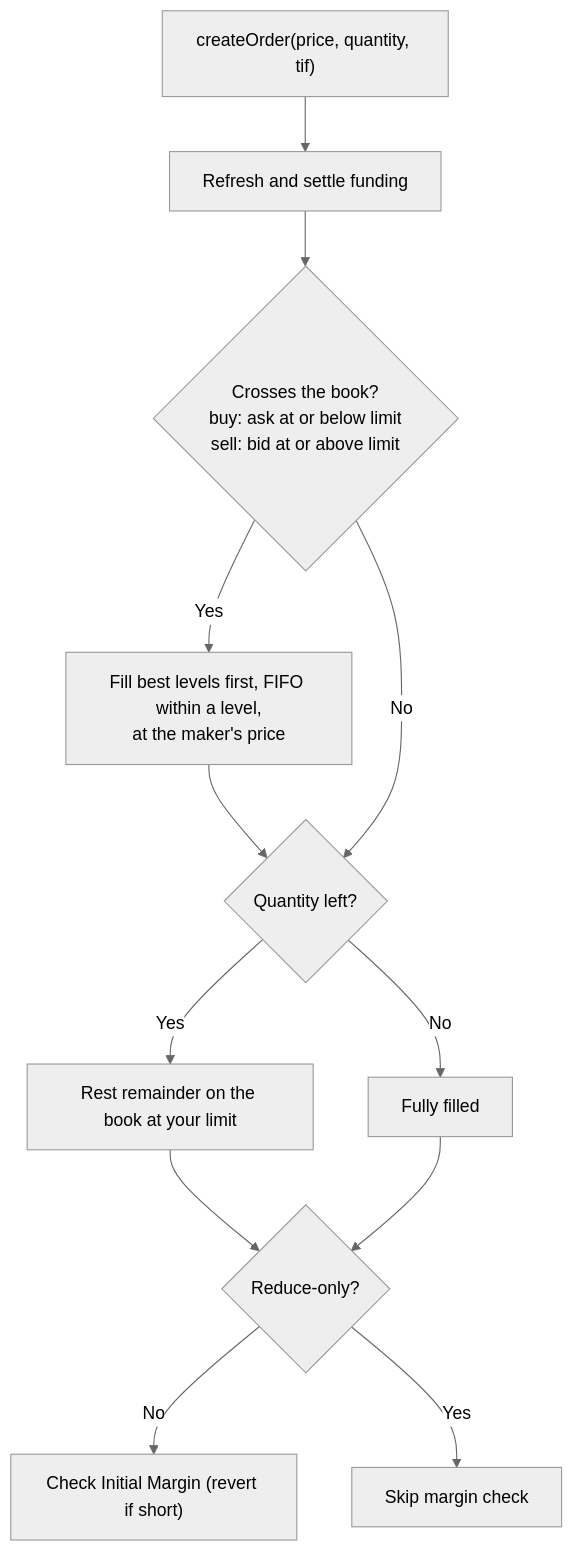
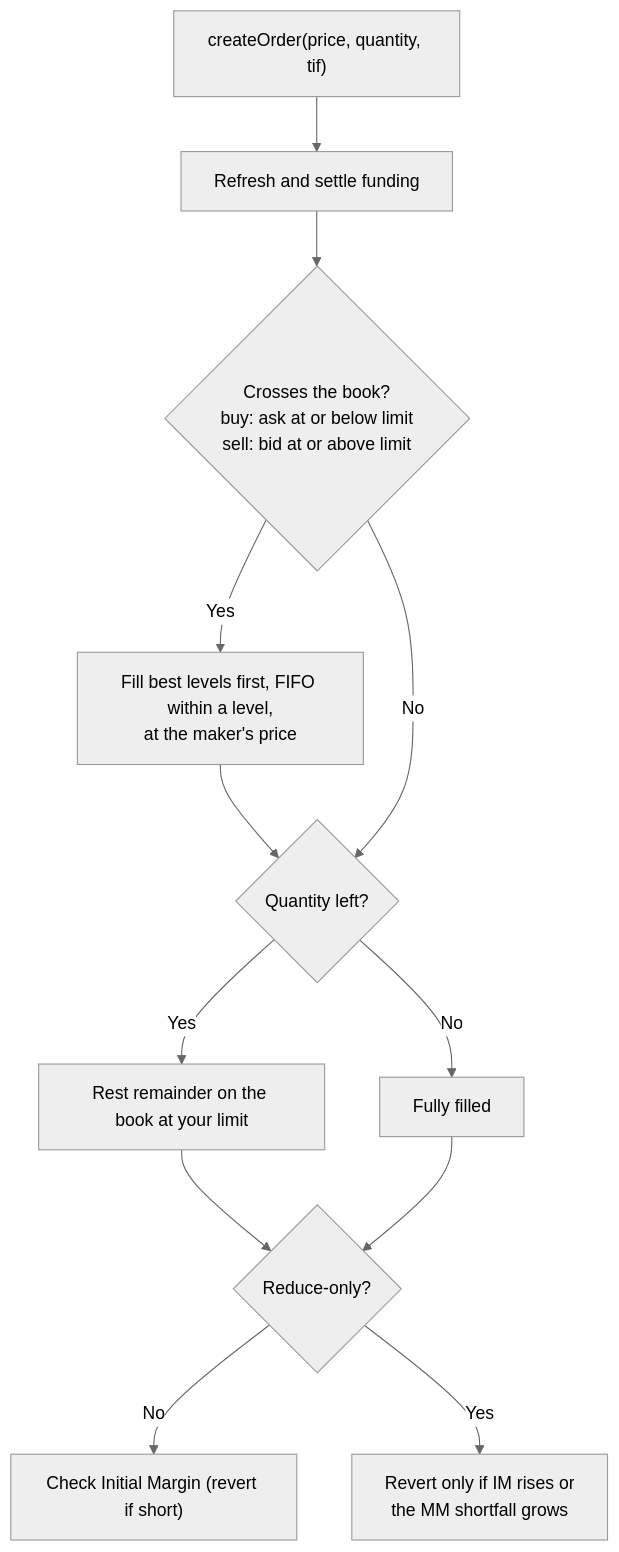
The diagram in docs/gitbook/03.Trading-Guide.md (Lumerin-protocol/derivatives-marketplace), drawn with Mermaid (neutral theme) before and after one commit. The commit also changed other lines of this file and 15 other files, not shown here.

````diff
--- a/docs/gitbook/03.Trading-Guide.md
+++ b/docs/gitbook/03.Trading-Guide.md
@@ -80,14 +83,14 @@
 ```mermaid
 flowchart TD
     A["createOrder(price, quantity, tif)"] --> B["Refresh and settle funding"]
     B --> C{"Crosses the book?<br/>buy: ask at or below limit<br/>sell: bid at or above limit"}
     C -->|Yes| D["Fill best levels first, FIFO within a level,<br/>at the maker's price"]
     D --> E{"Quantity left?"}
     C -->|No| E
     E -->|Yes| F["Rest remainder on the book at your limit"]
     E -->|No| G["Fully filled"]
     F --> H{"Reduce-only?"}
     G --> H
     H -->|No| I["Check Initial Margin (revert if short)"]
-    H -->|Yes| J["Skip margin check"]
+    H -->|Yes| J["Revert only if IM rises or<br/>the MM shortfall grows"]
 ```
````
